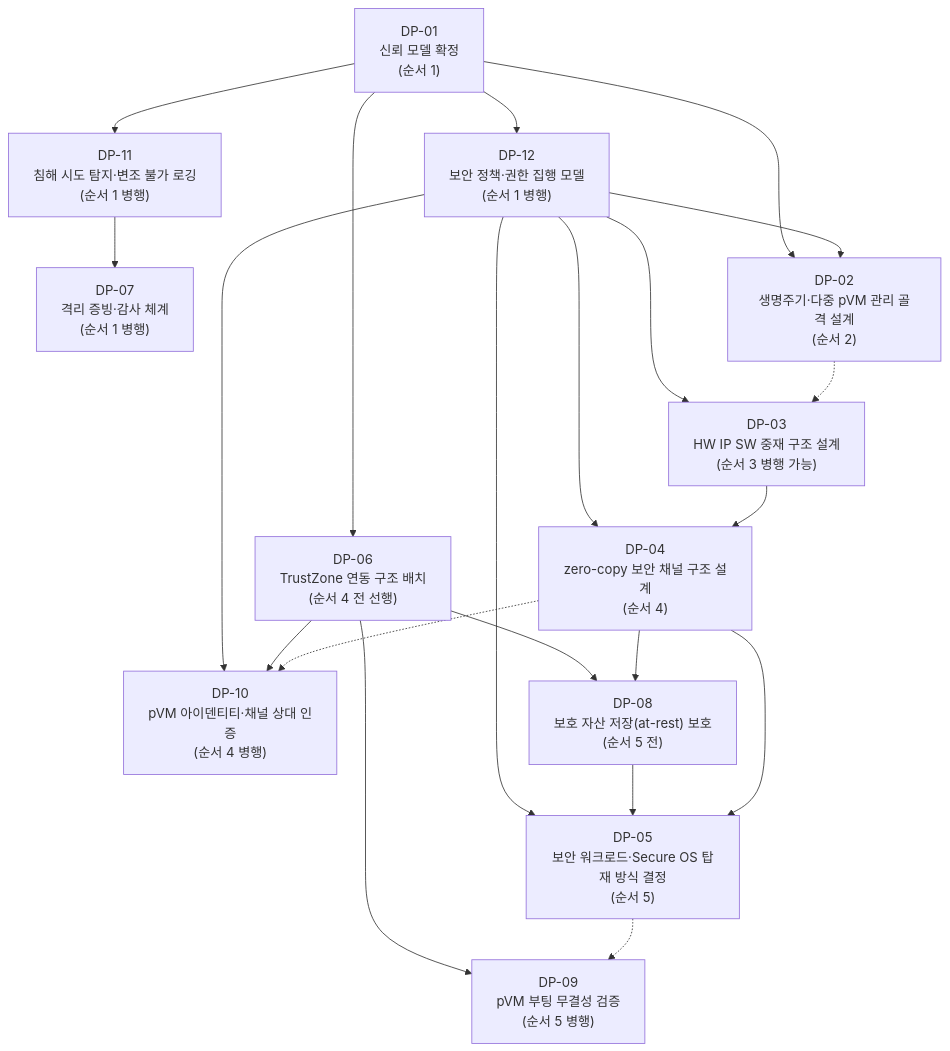
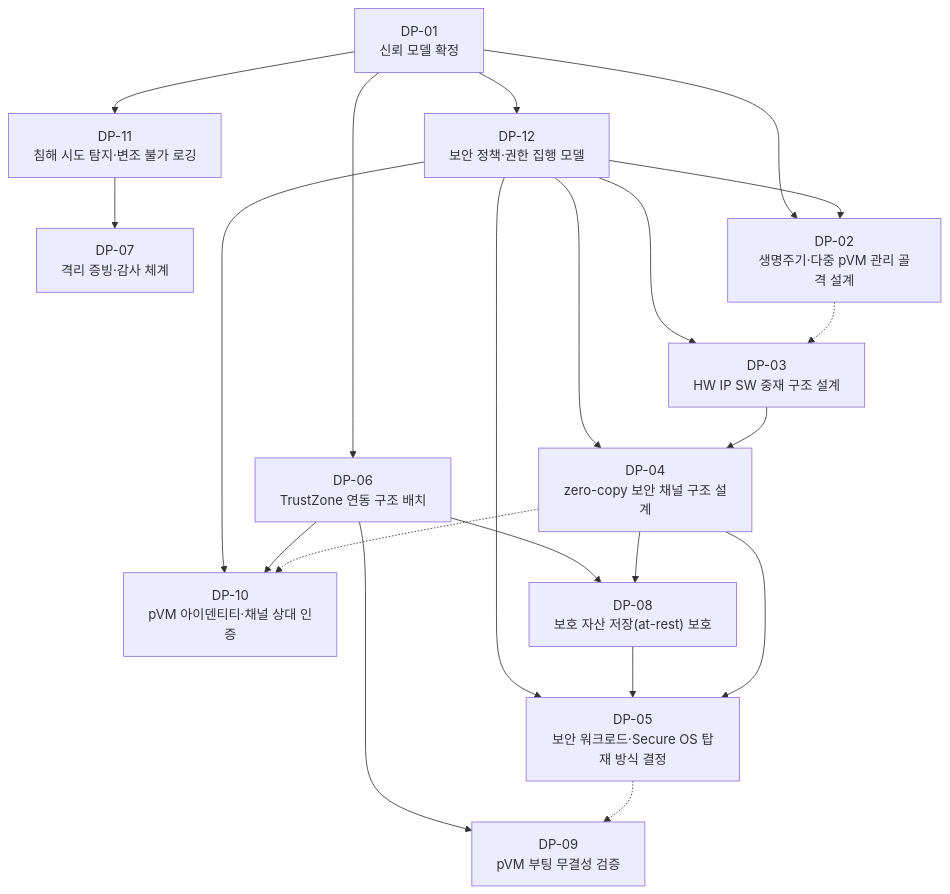
The diagram in docs_fable/05_design_points.md (boram1288/test-p), drawn with Mermaid before and after one commit. The commit also changed other lines of this file, not shown here.

Commit message:
docs_fable: DP 목록의 착수 시점 열을 선행 DP 열로 교체하고 의존성 다이어그램의 순서 표기 제거

````diff
--- a/docs_fable/05_design_points.md
+++ b/docs_fable/05_design_points.md
@@ -338,36 +340,36 @@
 ```mermaid
 flowchart TD
-    DP01["DP-01<br/>신뢰 모델 확정<br/>(순서 1)"]
-    DP11["DP-11<br/>침해 시도 탐지·변조 불가 로깅<br/>(순서 1 병행)"]
-    DP07["DP-07<br/>격리 증빙·감사 체계<br/>(순서 1 병행)"]
-    DP12["DP-12<br/>보안 정책·권한 집행 모델<br/>(순서 1 병행)"]
-    DP02["DP-02<br/>생명주기·다중 pVM 관리 골격 설계<br/>(순서 2)"]
-    DP03["DP-03<br/>HW IP SW 중재 구조 설계<br/>(순서 3 병행 가능)"]
-    DP06["DP-06<br/>TrustZone 연동 구조 배치<br/>(순서 4 전 선행)"]
-    DP04["DP-04<br/>zero-copy 보안 채널 구조 설계<br/>(순서 4)"]
-    DP10["DP-10<br/>pVM 아이덴티티·채널 상대 인증<br/>(순서 4 병행)"]
-    DP08["DP-08<br/>보호 자산 저장(at-rest) 보호<br/>(순서 5 전)"]
-    DP09["DP-09<br/>pVM 부팅 무결성 검증<br/>(순서 5 병행)"]
-    DP05["DP-05<br/>보안 워크로드·Secure OS 탑재 방식 결정<br/>(순서 5)"]
+    DP01["DP-01<br/>신뢰 모델 확정"]
+    DP11["DP-11<br/>침해 시도 탐지·변조 불가 로깅"]
+    DP07["DP-07<br/>격리 증빙·감사 체계"]
+    DP12["DP-12<br/>보안 정책·권한 집행 모델"]
+    DP02["DP-02<br/>생명주기·다중 pVM 관리 골격 설계"]
+    DP03["DP-03<br/>HW IP SW 중재 구조 설계"]
+    DP06["DP-06<br/>TrustZone 연동 구조 배치"]
+    DP04["DP-04<br/>zero-copy 보안 채널 구조 설계"]
+    DP10["DP-10<br/>pVM 아이덴티티·채널 상대 인증"]
+    DP08["DP-08<br/>보호 자산 저장(at-rest) 보호"]
+    DP09["DP-09<br/>pVM 부팅 무결성 검증"]
+    DP05["DP-05<br/>보안 워크로드·Secure OS 탑재 방식 결정"]
 
     DP01 --> DP11
     DP11 --> DP07
     DP01 --> DP12
     DP01 --> DP02
     DP12 --> DP02
     DP12 --> DP03
     DP12 --> DP04
     DP12 --> DP10
     DP12 --> DP05
     DP02 -.-> DP03
     DP03 --> DP04
     DP01 --> DP06
     DP06 --> DP10
     DP06 --> DP08
     DP06 --> DP09
     DP04 -.-> DP10
     DP04 --> DP08
     DP08 --> DP05
     DP04 --> DP05
     DP05 -.-> DP09
 ```
````
